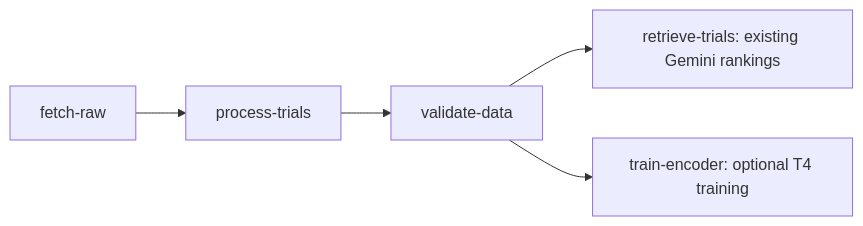
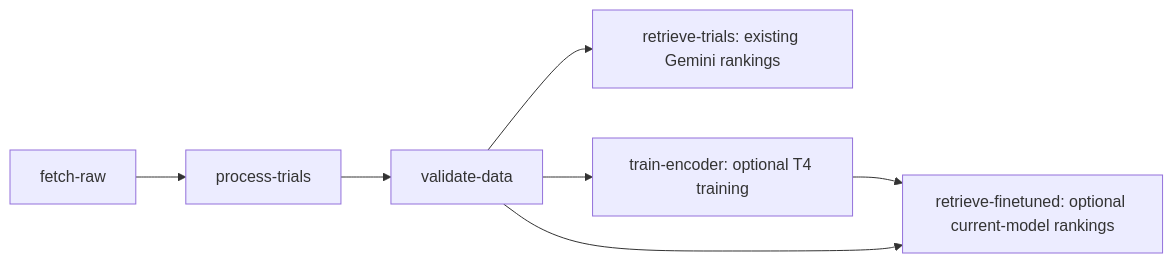
The diagram in docs/ms3/module-a-training.md (liujiaxi0301/TrialMatch), drawn with Mermaid before and after one commit. The commit also changed other lines of this file and 50 other files, not shown here.

````diff
--- a/docs/ms3/module-a-training.md
+++ b/docs/ms3/module-a-training.md
@@ -9,6 +9,8 @@
 ```mermaid
 flowchart LR
     F[fetch-raw] --> P[process-trials] --> V[validate-data]
     V --> R[retrieve-trials: existing Gemini rankings]
     V --> T[train-encoder: optional T4 training]
+    T --> N[retrieve-finetuned: optional current-model rankings]
+    V --> N
 ```
````
